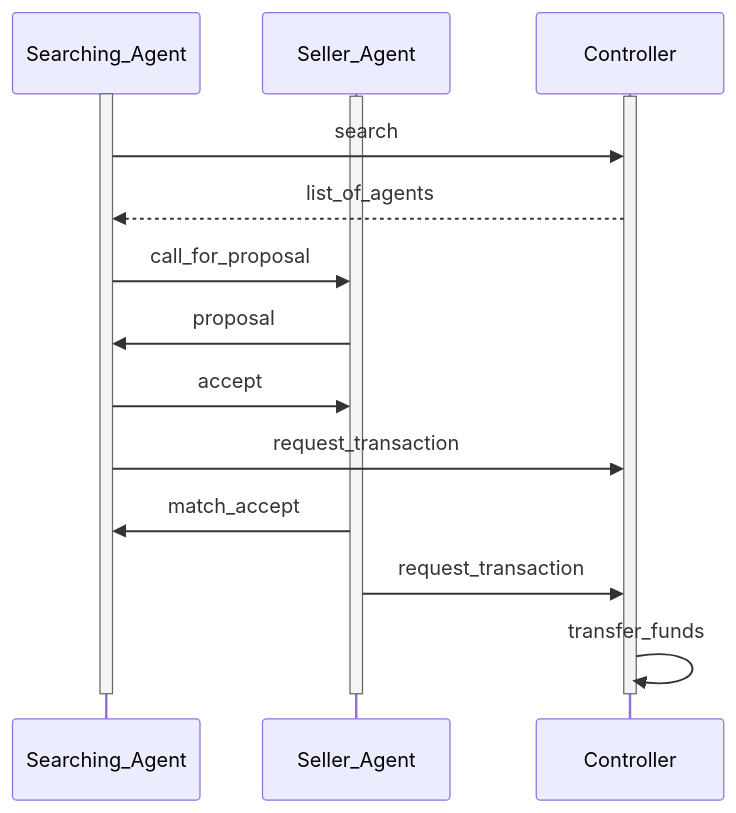
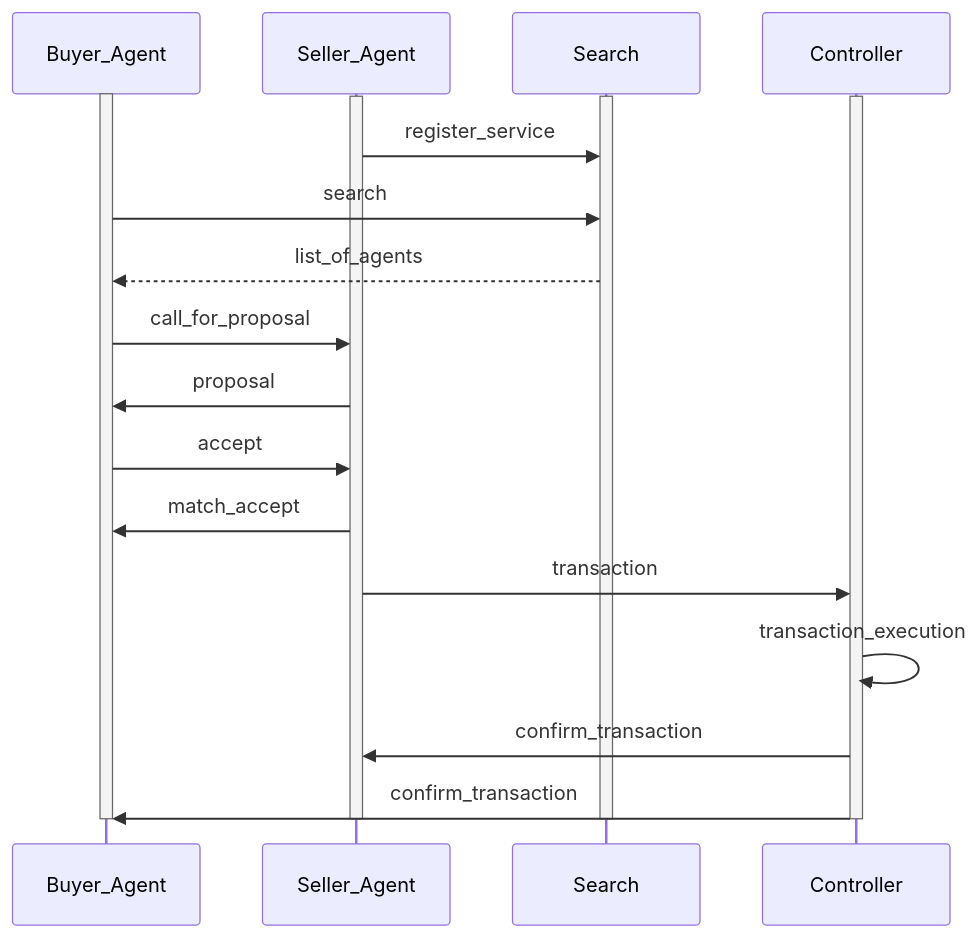
Before and after one commit to fetchai/docs-archived: the second of 2 diagrams in docs/aea/tac-skills.md, drawn with Mermaid. The commit also changed other lines of this file and 18 other files, not shown here.

```diff
--- a/docs/aea/tac-skills.md
+++ b/docs/aea/tac-skills.md
@@ -109,25 +115,30 @@
 <div class="mermaid">
     sequenceDiagram
-        participant Searching_Agent
+        participant Buyer_Agent
         participant Seller_Agent
+        participant Search
         participant Controller
     
-        activate Searching_Agent
+        activate Buyer_Agent
         activate Seller_Agent
+        activate Search
         activate Controller
         
-        Searching_Agent->>Controller: search
-        Controller-->>Searching_Agent: list_of_agents
-        Searching_Agent->>Seller_Agent: call_for_proposal
-        Seller_Agent->>Searching_Agent: proposal
-        Searching_Agent->>Seller_Agent: accept
-        Searching_Agent->>Controller: request_transaction
-        Seller_Agent->>Searching_Agent: match_accept
-        Seller_Agent->>Controller: request_transaction
-        Controller->>Controller: transfer_funds
+        Seller_Agent->>Search: register_service
+        Buyer_Agent->>Search: search
+        Search-->>Buyer_Agent: list_of_agents
+        Buyer_Agent->>Seller_Agent: call_for_proposal
+        Seller_Agent->>Buyer_Agent: proposal
+        Buyer_Agent->>Seller_Agent: accept
+        Seller_Agent->>Buyer_Agent: match_accept
+        Seller_Agent->>Controller: transaction
+        Controller->>Controller: transaction_execution
+        Controller->>Seller_Agent: confirm_transaction
+        Controller->>Buyer_Agent: confirm_transaction
         
-        deactivate Searching_Agent
+        deactivate Buyer_Agent
         deactivate Seller_Agent
+        deactivate Search
         deactivate Controller
 
 </div>
```
